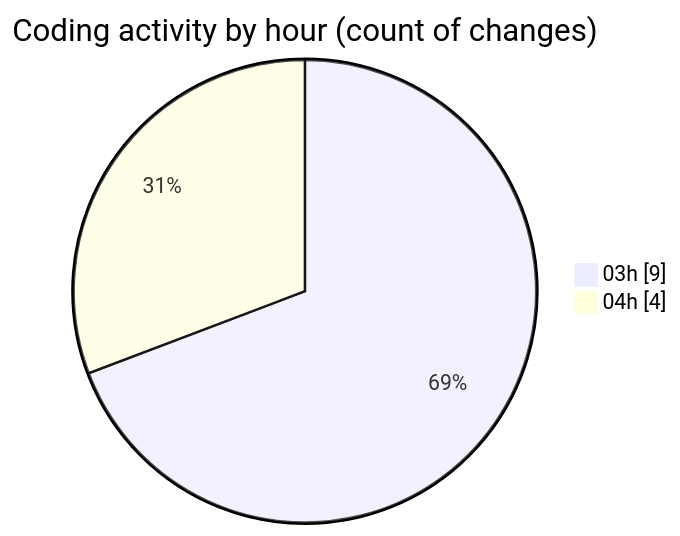
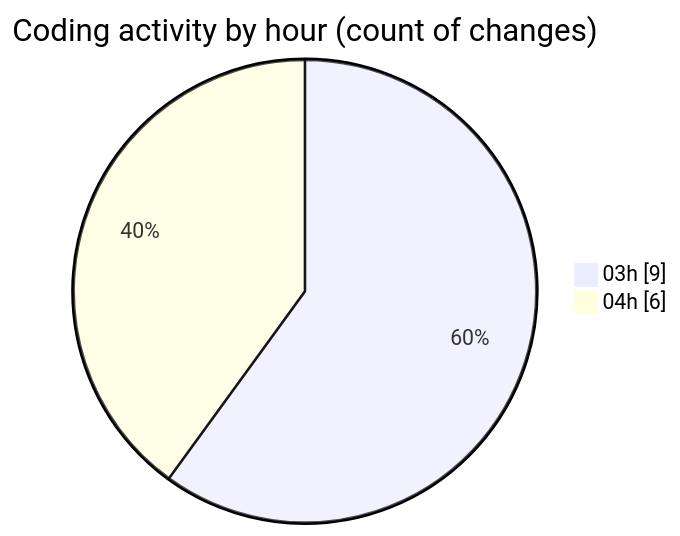
Before and after one commit to julien-gomy/code-tracking: the second of 2 diagrams in 2025-10-30/eventscop-frontend-guide__workspace_/README.md, drawn with Mermaid. The commit also changed other lines of this file and 1 other file, not shown here.

````diff
--- a/2025-10-30/eventscop-frontend-guide__workspace_/README.md
+++ b/2025-10-30/eventscop-frontend-guide__workspace_/README.md
@@ -36,6 +38,6 @@
 ```mermaid
 pie showData
 title Coding activity by hour (count of changes)
 "03h" : 9
-"04h" : 4
+"04h" : 6
 ```
````
